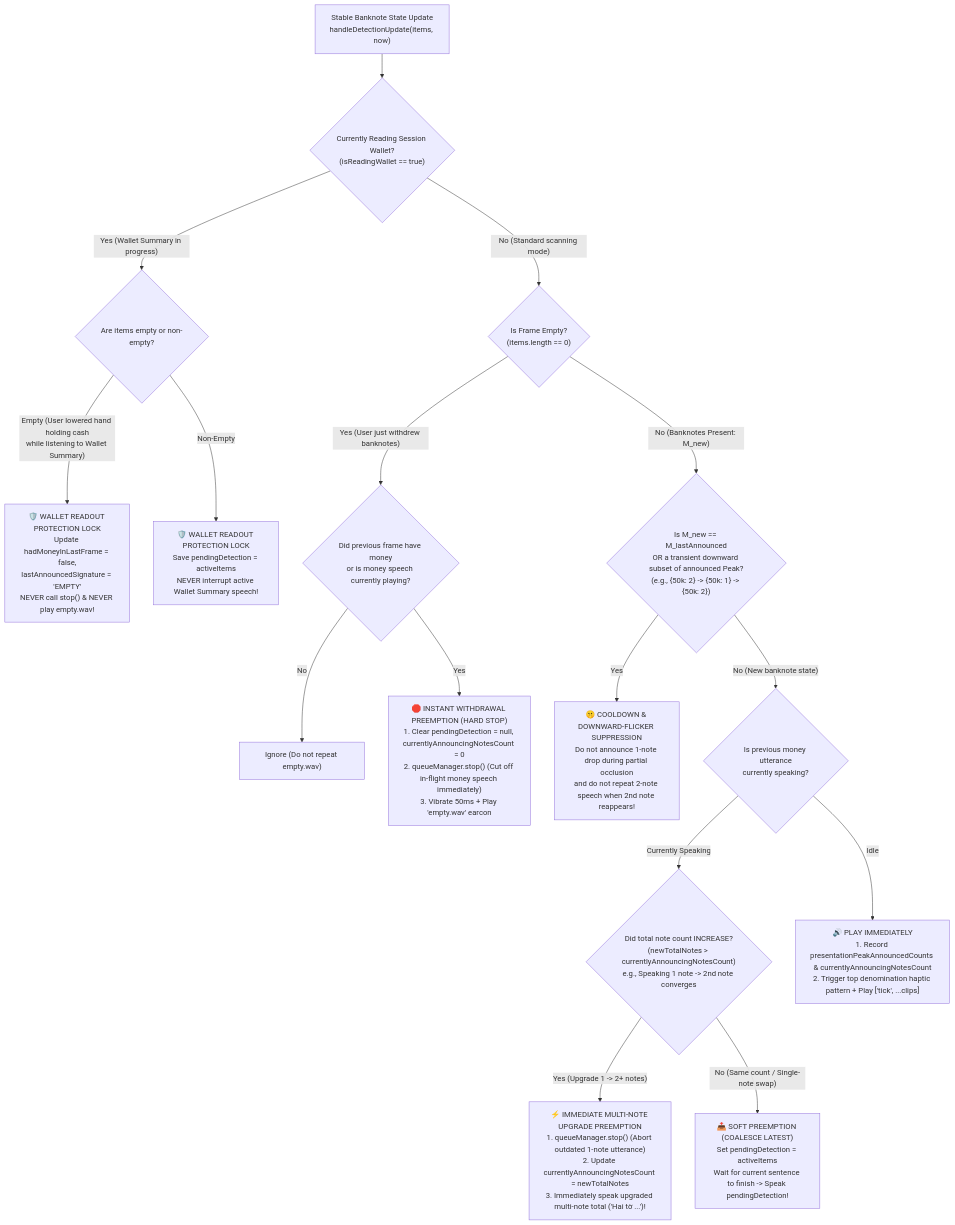
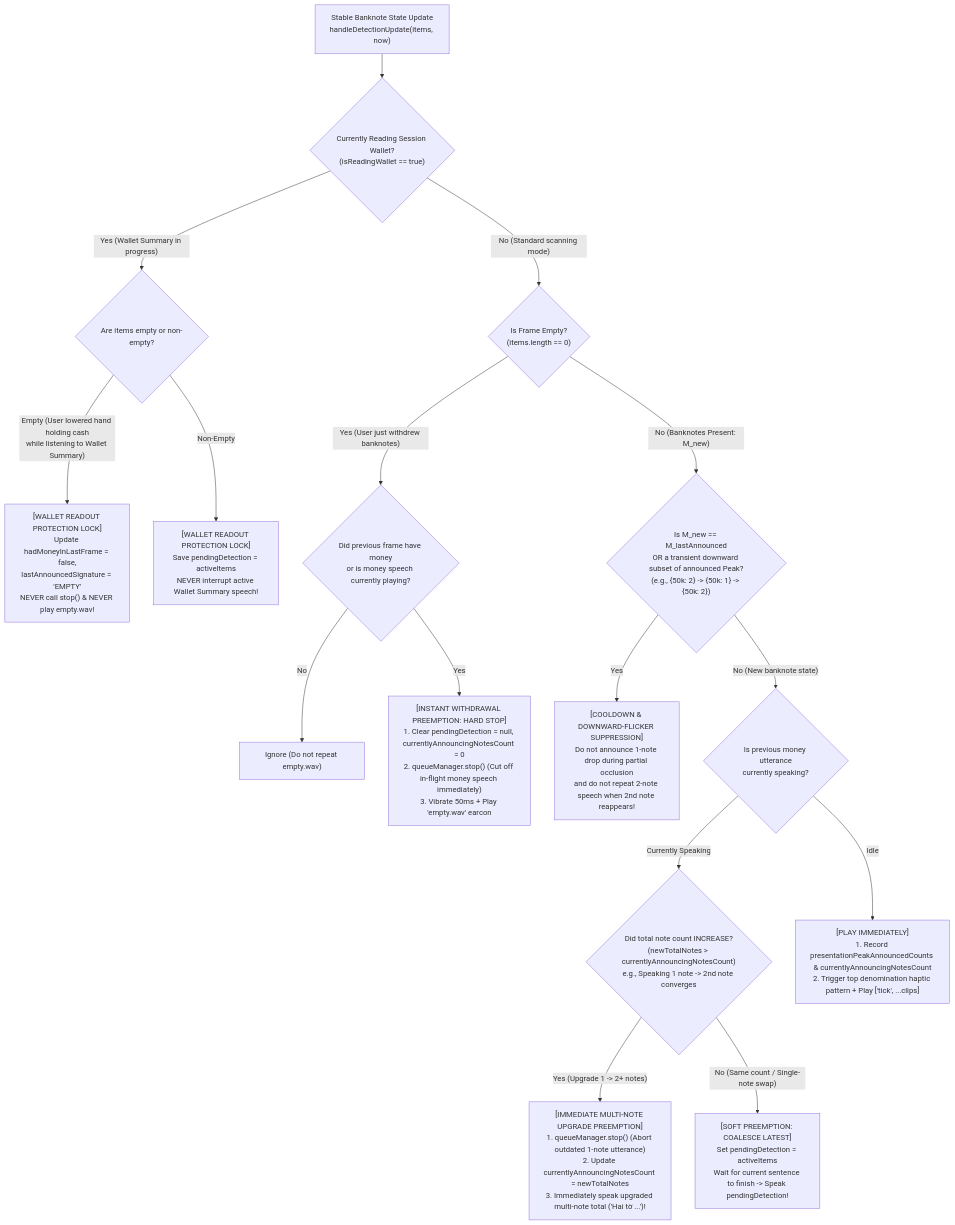
The eighth of 9 diagrams in docs/SYSTEM_ARCHITECTURE_AND_DESIGN.en.md (hezioquan12/vietnamese-money-vision), drawn with Mermaid before and after one commit. The commit also changed other lines of this file and 4 other files, not shown here.

Commit message:
docs: standardize technical specifications, remove sprint tickets and de-slop diagrams

````diff
--- a/docs/SYSTEM_ARCHITECTURE_AND_DESIGN.en.md
+++ b/docs/SYSTEM_ARCHITECTURE_AND_DESIGN.en.md
@@ -352,25 +363,25 @@
 ```mermaid
 flowchart TD
     Event["Stable Banknote State Update\nhandleDetectionUpdate(items, now)"] --> CheckWalletLock{"Currently Reading Session Wallet?\n(isReadingWallet == true)"}
 
     CheckWalletLock -->|"Yes (Wallet Summary in progress)"| WalletProtect{"Are items empty or non-empty?"}
-    WalletProtect -->|"Empty (User lowered hand holding cash\nwhile listening to Wallet Summary)"| SilentEmptyState["🛡️ WALLET READOUT PROTECTION LOCK\nUpdate hadMoneyInLastFrame = false,\nlastAnnouncedSignature = 'EMPTY'\nNEVER call stop() & NEVER play empty.wav!"]
-    WalletProtect -->|"Non-Empty"| SavePendingWallet["🛡️ WALLET READOUT PROTECTION LOCK\nSave pendingDetection = activeItems\nNEVER interrupt active Wallet Summary speech!"]
+    WalletProtect -->|"Empty (User lowered hand holding cash\nwhile listening to Wallet Summary)"| SilentEmptyState["[WALLET READOUT PROTECTION LOCK]\nUpdate hadMoneyInLastFrame = false,\nlastAnnouncedSignature = 'EMPTY'\nNEVER call stop() & NEVER play empty.wav!"]
+    WalletProtect -->|"Non-Empty"| SavePendingWallet["[WALLET READOUT PROTECTION LOCK]\nSave pendingDetection = activeItems\nNEVER interrupt active Wallet Summary speech!"]
 
     CheckWalletLock -->|"No (Standard scanning mode)"| IsEmpty{"Is Frame Empty?\n(items.length == 0)"}
 
     IsEmpty -->|"Yes (User just withdrew banknotes)"| HadMoney{"Did previous frame have money\nor is money speech currently playing?"}
     HadMoney -->|"No"| IgnoreEmpty["Ignore (Do not repeat empty.wav)"]
-    HadMoney -->|"Yes"| HardStop["🛑 INSTANT WITHDRAWAL PREEMPTION (HARD STOP)\n1. Clear pendingDetection = null, currentlyAnnouncingNotesCount = 0\n2. queueManager.stop() (Cut off in-flight money speech immediately)\n3. Vibrate 50ms + Play 'empty.wav' earcon"]
+    HadMoney -->|"Yes"| HardStop["[INSTANT WITHDRAWAL PREEMPTION: HARD STOP]\n1. Clear pendingDetection = null, currentlyAnnouncingNotesCount = 0\n2. queueManager.stop() (Cut off in-flight money speech immediately)\n3. Vibrate 50ms + Play 'empty.wav' earcon"]
 
     IsEmpty -->|"No (Banknotes Present: M_new)"| SameSig{"Is M_new == M_lastAnnounced\nOR a transient downward subset of announced Peak?\n(e.g., {50k: 2} -> {50k: 1} -> {50k: 2})"}
-    SameSig -->|"Yes"| Suppress["🤫 COOLDOWN & DOWNWARD-FLICKER SUPPRESSION\nDo not announce 1-note drop during partial occlusion\nand do not repeat 2-note speech when 2nd note reappears!"]
+    SameSig -->|"Yes"| Suppress["[COOLDOWN & DOWNWARD-FLICKER SUPPRESSION]\nDo not announce 1-note drop during partial occlusion\nand do not repeat 2-note speech when 2nd note reappears!"]
 
     SameSig -->|"No (New banknote state)"| SpeakingCheck{"Is previous money utterance\ncurrently speaking?"}
 
     SpeakingCheck -->|"Currently Speaking"| UpgradeCheck{"Did total note count INCREASE?\n(newTotalNotes > currentlyAnnouncingNotesCount)\ne.g., Speaking 1 note -> 2nd note converges"}
-    UpgradeCheck -->|"Yes (Upgrade 1 -> 2+ notes)"| UpgradePreempt["⚡ IMMEDIATE MULTI-NOTE UPGRADE PREEMPTION\n1. queueManager.stop() (Abort outdated 1-note utterance)\n2. Update currentlyAnnouncingNotesCount = newTotalNotes\n3. Immediately speak upgraded multi-note total ('Hai tờ ...')!"]
-    UpgradeCheck -->|"No (Same count / Single-note swap)"| QueueLatest["📥 SOFT PREEMPTION (COALESCE LATEST)\nSet pendingDetection = activeItems\nWait for current sentence to finish -> Speak pendingDetection!"]
+    UpgradeCheck -->|"Yes (Upgrade 1 -> 2+ notes)"| UpgradePreempt["[IMMEDIATE MULTI-NOTE UPGRADE PREEMPTION]\n1. queueManager.stop() (Abort outdated 1-note utterance)\n2. Update currentlyAnnouncingNotesCount = newTotalNotes\n3. Immediately speak upgraded multi-note total ('Hai tờ ...')!"]
+    UpgradeCheck -->|"No (Same count / Single-note swap)"| QueueLatest["[SOFT PREEMPTION: COALESCE LATEST]\nSet pendingDetection = activeItems\nWait for current sentence to finish -> Speak pendingDetection!"]
 
-    SpeakingCheck -->|"Idle"| PlayNow["🔊 PLAY IMMEDIATELY\n1. Record presentationPeakAnnouncedCounts & currentlyAnnouncingNotesCount\n2. Trigger top denomination haptic pattern + Play ['tick', ...clips]"]
+    SpeakingCheck -->|"Idle"| PlayNow["[PLAY IMMEDIATELY]\n1. Record presentationPeakAnnouncedCounts & currentlyAnnouncingNotesCount\n2. Trigger top denomination haptic pattern + Play ['tick', ...clips]"]
 ```
````
